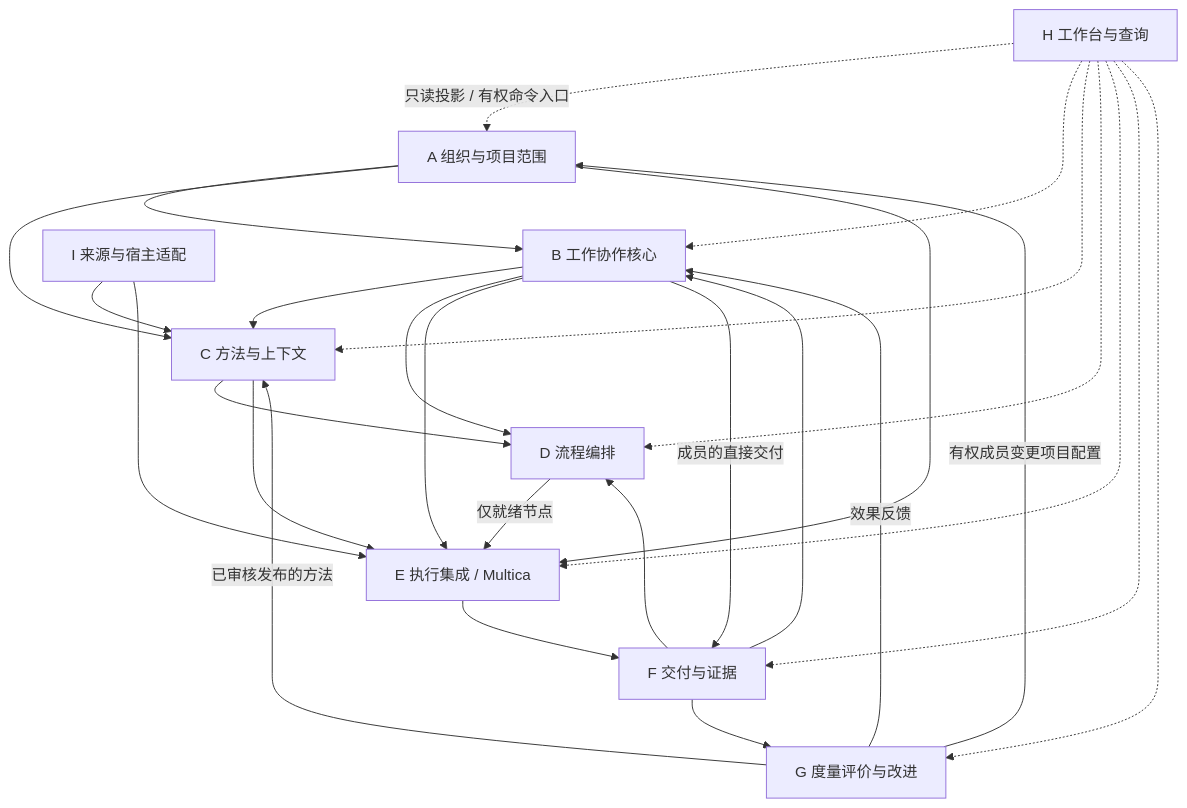
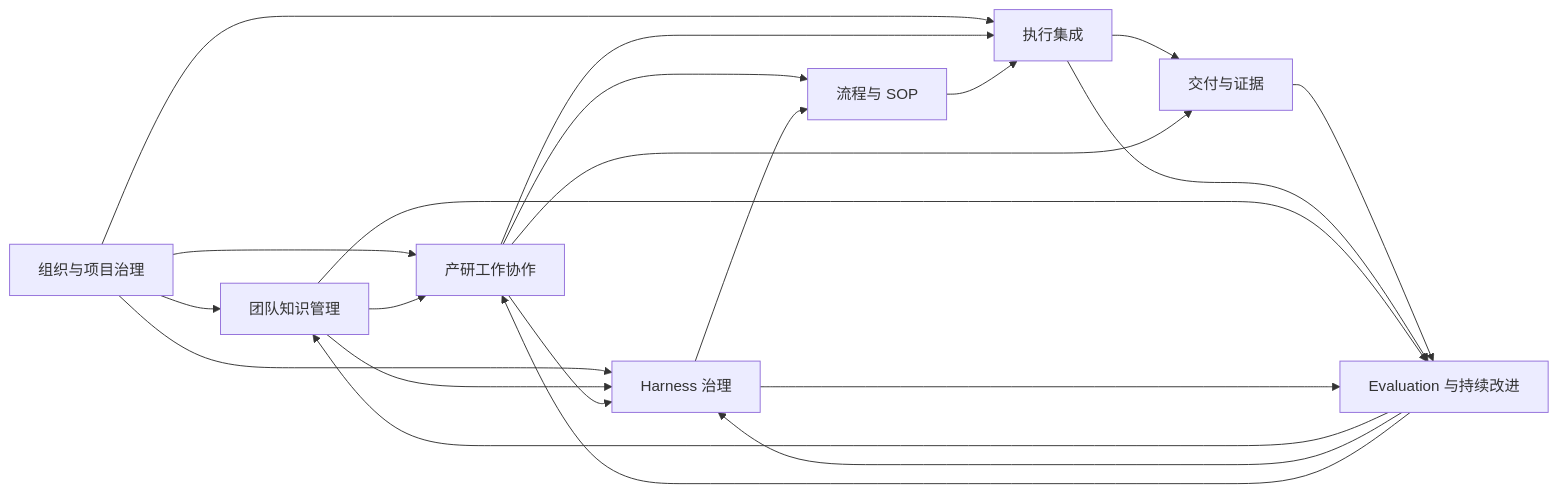
One commit to ScWen7/Issues changed the second of 2 diagrams in docs/architecture/system-architecture.md. Above: the diagram before and after it, drawn with Mermaid. The commit also changed other lines of this file, not shown here.

Commit message:
docs: converge system architecture around knowledge harness and delivery

```diff
--- a/docs/architecture/system-architecture.md
+++ b/docs/architecture/system-architecture.md
@@ -345,38 +274,32 @@
 ~~~mermaid
-flowchart TB
-  Org["A 组织与项目范围"]
-  Work["B 工作协作核心"]
-  Context["C 方法与上下文"]
-  Workflow["D 流程编排"]
-  Execution["E 执行集成 / Multica"]
-  Delivery["F 交付与证据"]
-  Improve["G 度量评价与改进"]
-  Workbench["H 工作台与查询"]
-  Adapters["I 来源与宿主适配"]
+flowchart LR
+  Org["组织与项目治理"]
+  Knowledge["团队知识管理"]
+  Work["产研工作协作"]
+  Harness["Harness 治理"]
+  Flow["流程与 SOP"]
+  Exec["执行集成"]
+  Evidence["交付与证据"]
+  Evolution["Evaluation 与持续改进"]
+
+  Org --> Knowledge
   Org --> Work
-  Org --> Context
-  Org --> Execution
-  Work --> Context
-  Work --> Workflow
-  Work --> Execution
-  Context --> Workflow
-  Context --> Execution
-  Workflow -->|"仅就绪节点"| Execution
-  Execution --> Delivery
-  Work -->|"成员的直接交付"| Delivery
-  Delivery --> Work
-  Delivery --> Workflow
-  Delivery --> Improve
-  Improve -->|"已审核发布的方法"| Context
-  Improve -->|"有权成员变更项目配置"| Org
-  Improve -->|"效果反馈"| Work
-  Adapters --> Context
-  Adapters --> Execution
-  Workbench -.->|"只读投影 / 有权命令入口"| Org
-  Workbench -.-> Work
-  Workbench -.-> Context
-  Workbench -.-> Workflow
-  Workbench -.-> Execution
-  Workbench -.-> Delivery
-  Workbench -.-> Improve
+  Org --> Harness
+  Org --> Exec
+  Knowledge --> Work
+  Knowledge --> Harness
+  Work --> Harness
+  Work --> Flow
+  Harness --> Flow
+  Work --> Exec
+  Flow --> Exec
+  Exec --> Evidence
+  Work --> Evidence
+  Evidence --> Evolution
+  Exec --> Evolution
+  Knowledge --> Evolution
+  Harness --> Evolution
+  Evolution --> Knowledge
+  Evolution --> Harness
+  Evolution --> Work
 ~~~
```
